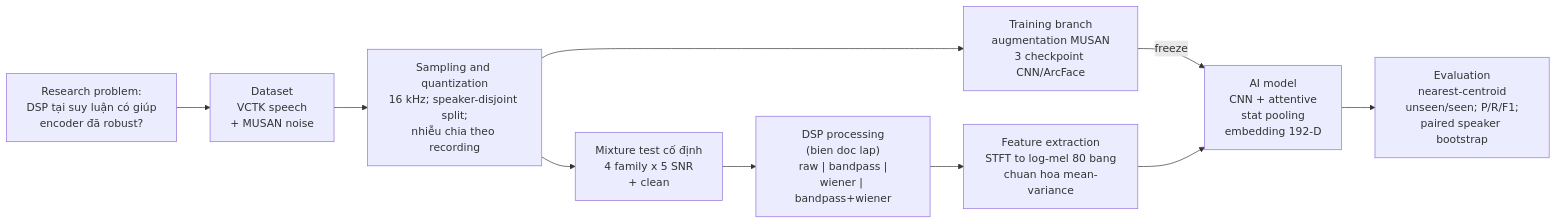
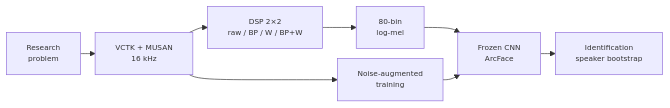
One commit to ec2003/DSP changed the diagram in report.qmd. Above: the diagram before and after it, drawn with Mermaid. The commit also changed other lines of this file and 1 other file, not shown here.

Commit message:
Refactor report.qmd and plots.py for improved clarity and formatting; update author details and figure dimensions

````diff
--- a/report.qmd
+++ b/report.qmd
@@ -184,15 +185,16 @@
 ```{mermaid}
 %%| label: fig-framework
 %%| fig-cap: "Khung nghiên cứu: từ vấn đề tới đánh giá. Chỉ khối DSP processing thay đổi giữa các điều kiện so sánh."
-%%| out-width: "100%"
+%%| fig-width: 7
+%%| fig-height: 3
+%%| out-width: "95%"
+%%{init: {"flowchart": {"nodeSpacing": 15, "rankSpacing": 22}, "themeVariables": {"fontSize": "11px"}}}%%
 flowchart LR
-  P["Research problem:<br/>DSP tại suy luận có giúp<br/>encoder đã robust?"] --> D["Dataset<br/>VCTK speech<br/>+ MUSAN noise"]
-  D --> S["Sampling and quantization<br/>16 kHz; speaker-disjoint split;<br/>nhiễu chia theo recording"]
-  S --> T["Training branch<br/>augmentation MUSAN<br/>3 checkpoint CNN/ArcFace"]
-  S --> M["Mixture test cố định<br/>4 family x 5 SNR<br/>+ clean"]
-  M --> F["DSP processing<br/>(bien doc lap)<br/>raw | bandpass |<br/>wiener | bandpass+wiener"]
-  F --> X["Feature extraction<br/>STFT to log-mel 80 bang<br/>chuan hoa mean-variance"]
-  T -->|freeze| E["AI model<br/>CNN + attentive<br/>stat pooling<br/>embedding 192-D"]
-  X --> E
-  E --> V["Evaluation<br/>nearest-centroid<br/>unseen/seen; P/R/F1;<br/>paired speaker bootstrap"]
+    P["Research<br/>problem"] --> D["VCTK + MUSAN<br/>16 kHz"]
+    D --> F["DSP 2×2<br/>raw / BP / W / BP+W"]
+    F --> X["80-bin<br/>log-mel"]
+    X --> E["Frozen CNN<br/>ArcFace"]
+    E --> V["Identification<br/>speaker bootstrap"]
+    D --> T["Noise-augmented<br/>training"]
+    T --> E
 ```
````
